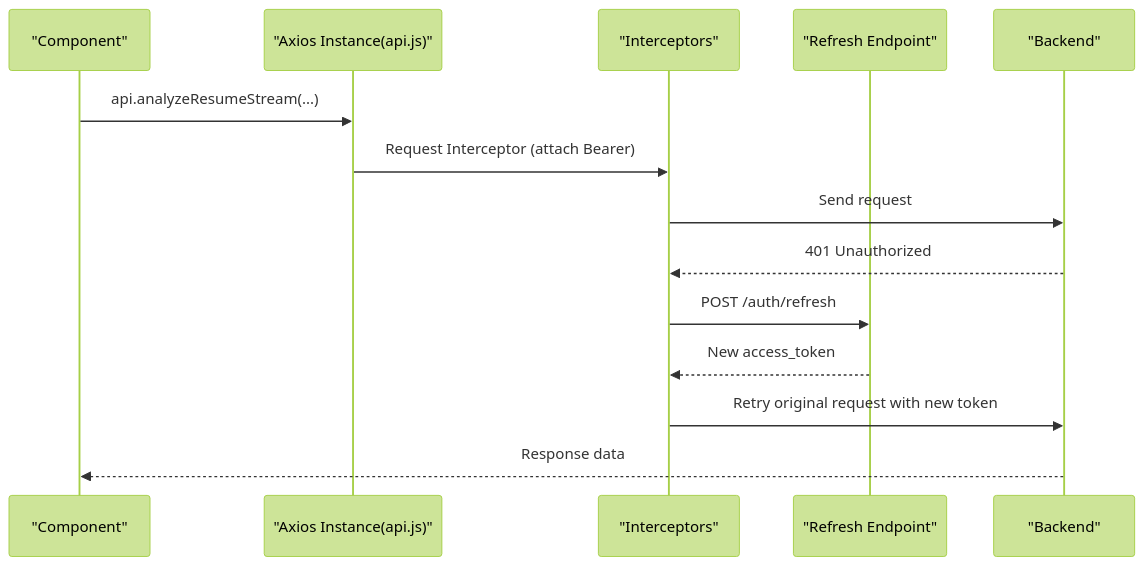
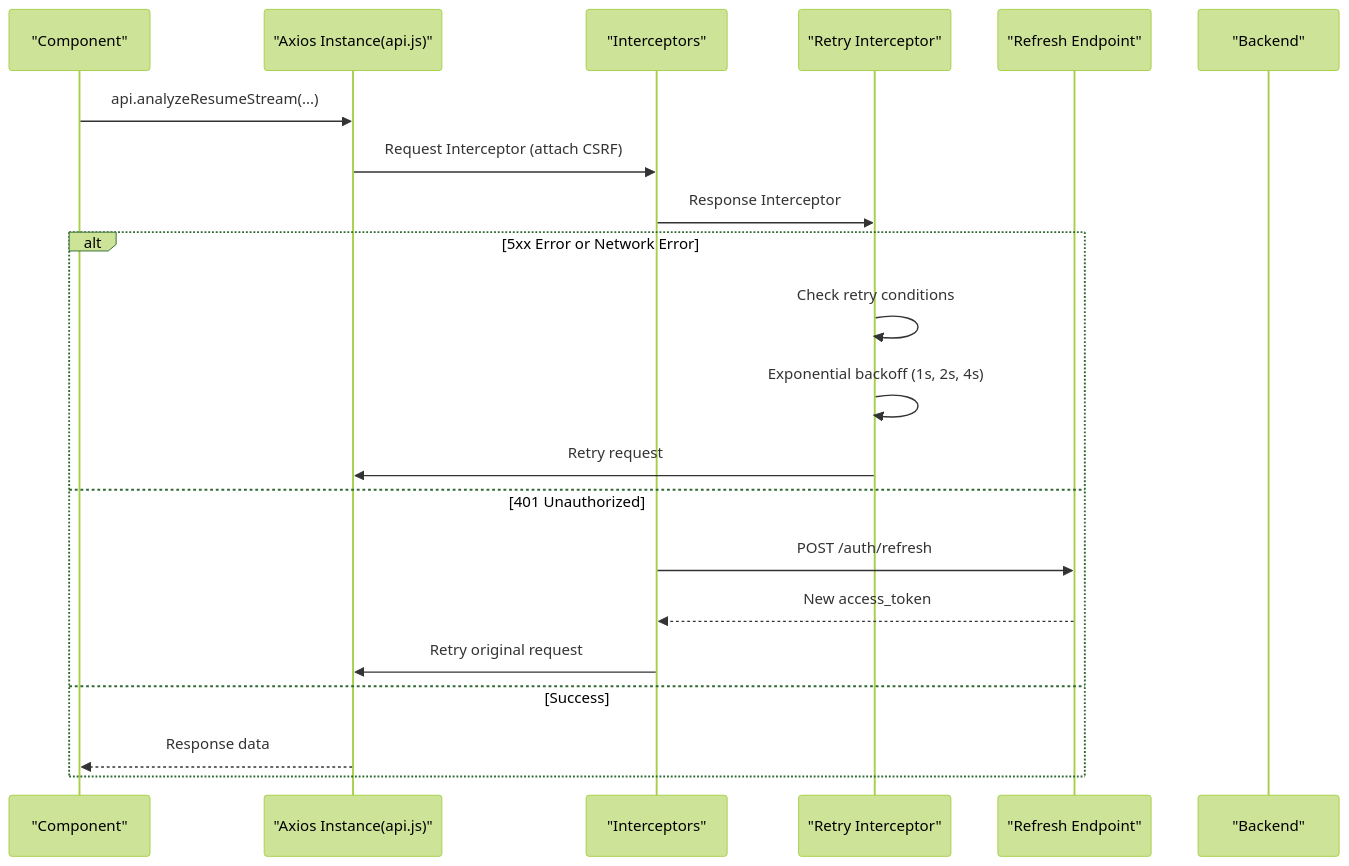
Before and after one commit to Revanththetalogics/aireume: the fifth of 15 diagrams in .qoder/repowiki/en/content/Frontend Architecture/Frontend Architecture.md, drawn with Mermaid (forest theme). The commit also changed other lines of this file and 33 other files, not shown here.

````diff
--- a/.qoder/repowiki/en/content/Frontend Architecture/Frontend Architecture.md
+++ b/.qoder/repowiki/en/content/Frontend Architecture/Frontend Architecture.md
@@ -227,16 +280,23 @@
 ```mermaid
 sequenceDiagram
 participant C as "Component"
 participant AX as "Axios Instance(api.js)"
 participant INT as "Interceptors"
+participant RET as "Retry Interceptor"
 participant REF as "Refresh Endpoint"
 participant BE as "Backend"
 C->>AX : api.analyzeResumeStream(...)
-AX->>INT : Request Interceptor (attach Bearer)
-INT->>BE : Send request
-BE-->>INT : 401 Unauthorized
+AX->>INT : Request Interceptor (attach CSRF)
+INT->>RET : Response Interceptor
+alt 5xx Error or Network Error
+RET->>RET : Check retry conditions
+RET->>RET : Exponential backoff (1s, 2s, 4s)
+RET->>AX : Retry request
+else 401 Unauthorized
 INT->>REF : POST /auth/refresh
 REF-->>INT : New access_token
-INT->>BE : Retry original request with new token
-BE-->>C : Response data
+INT->>AX : Retry original request
+else Success
+AX-->>C : Response data
+end
 ```
````
